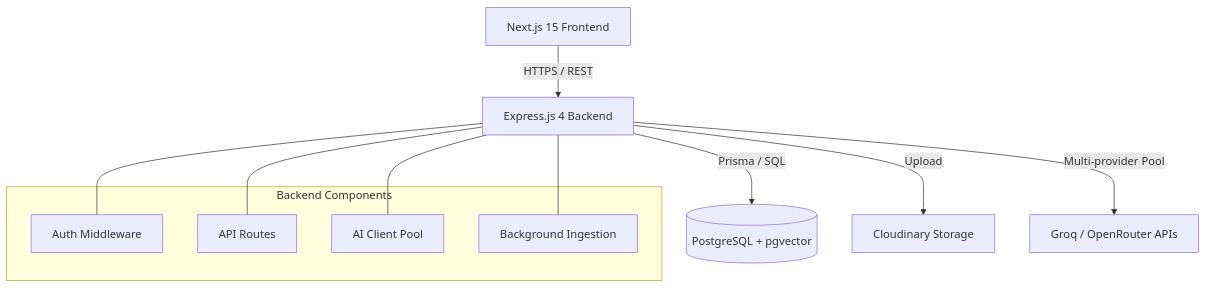
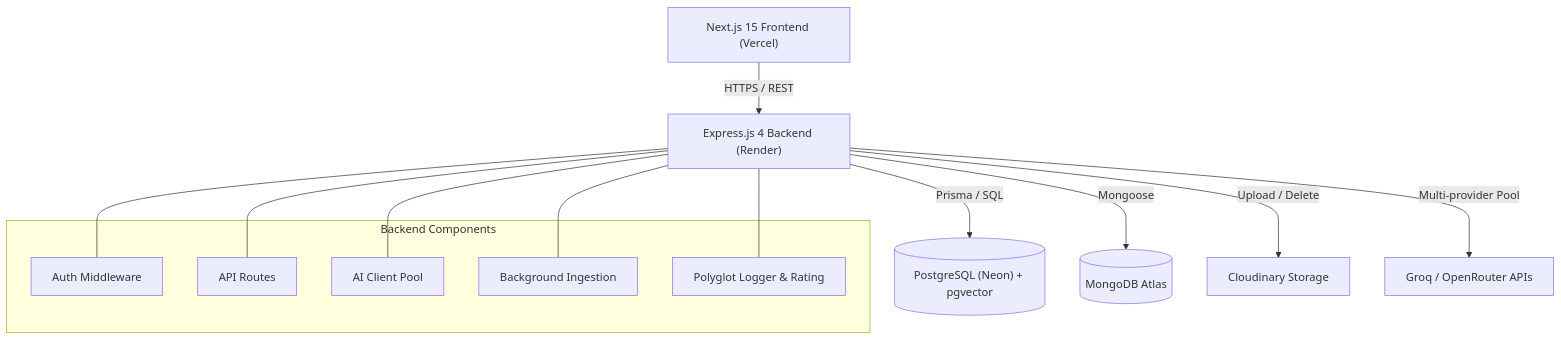
One commit to blxckpxnther46/rag99 changed the first of 7 diagrams in docs/HLD.md. Above: the diagram before and after it, drawn with Mermaid. The commit also changed other lines of this file and 18 other files, not shown here.

Commit message:
feat: implement polyglot persistence (PostgreSQL + MongoDB), update docs, and prep for deployment

````diff
--- a/docs/HLD.md
+++ b/docs/HLD.md
@@ -8,19 +14,22 @@
 ```mermaid
 graph TD
-    Client[Next.js 15 Frontend] -->|HTTPS / REST| API[Express.js 4 Backend]
-    API -->|Prisma / SQL| DB[(PostgreSQL + pgvector)]
-    API -->|Upload| Cloudinary[Cloudinary Storage]
-    API -->|Multi-provider Pool| LLM[Groq / OpenRouter APIs]
+    Client["Next.js 15 Frontend (Vercel)"] -->|HTTPS / REST| API["Express.js 4 Backend (Render)"]
+    API -->|Prisma / SQL| PG[("PostgreSQL (Neon) + pgvector")]
+    API -->|Mongoose| Mongo[("MongoDB Atlas")]
+    API -->|Upload / Delete| Cloudinary["Cloudinary Storage"]
+    API -->|Multi-provider Pool| LLM["Groq / OpenRouter APIs"]
     
     subgraph Backend Components
         Auth[Auth Middleware]
         Router[API Routes]
         Pool[AI Client Pool]
         Task[Background Ingestion]
+        Polyglot[Polyglot Logger & Rating]
     end
     
     API --- Auth
     API --- Router
     API --- Pool
     API --- Task
+    API --- Polyglot
 ```
````
